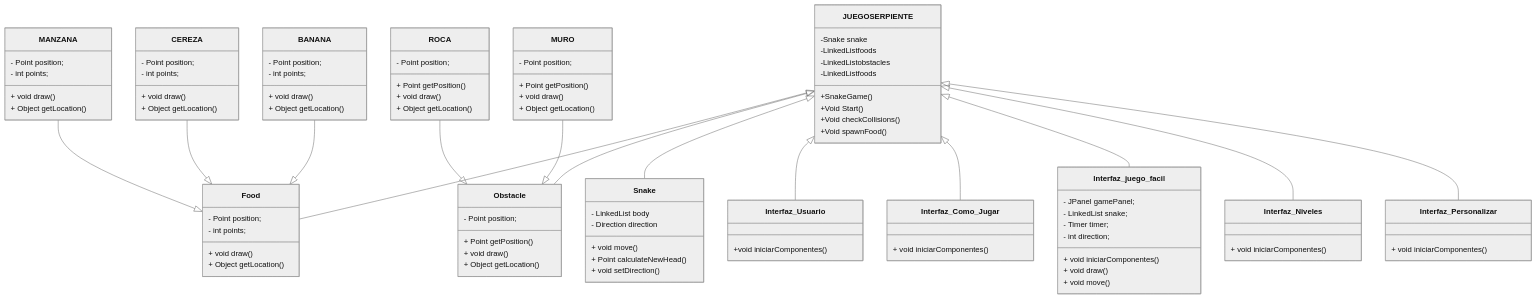
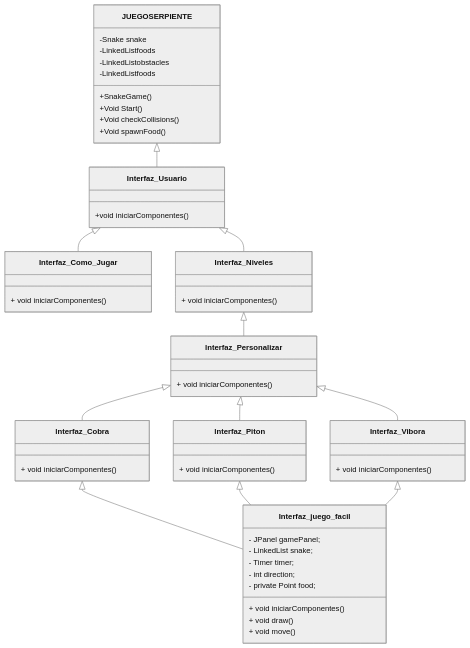
Before and after one commit to amingom/Juego-SnakeChallenge: the diagram in README.md, drawn with Mermaid (neutral theme).

````diff
--- a/README.md
+++ b/README.md
@@ -29,19 +29,17 @@
 ```mermaid
 
 classDiagram
-    JUEGOSERPIENTE <|-- Food
-    JUEGOSERPIENTE <|-- Obstacle
-    JUEGOSERPIENTE <|-- Snake
     JUEGOSERPIENTE <|-- Interfaz_Usuario
-    JUEGOSERPIENTE <|-- Interfaz_Como_Jugar
-    JUEGOSERPIENTE <|-- Interfaz_juego_facil
-    JUEGOSERPIENTE <|-- Interfaz_Niveles
-    JUEGOSERPIENTE <|-- Interfaz_Personalizar
-    MANZANA--|> Food
-    CEREZA --|> Food
-    BANANA --|> Food
-    ROCA --|> Obstacle
-    MURO --|> Obstacle
+    Interfaz_Usuario <|-- Interfaz_Como_Jugar
+    Interfaz_Cobra <|-- Interfaz_juego_facil
+    Interfaz_Piton <|-- Interfaz_juego_facil
+    Interfaz_Vibora <|-- Interfaz_juego_facil
+    Interfaz_Usuario <|-- Interfaz_Niveles
+    Interfaz_Niveles <|-- Interfaz_Personalizar
+    Interfaz_Personalizar <|-- Interfaz_Cobra
+    Interfaz_Personalizar <|-- Interfaz_Piton
+    Interfaz_Personalizar <|-- Interfaz_Vibora
+
 
     JUEGOSERPIENTE : -Snake snake
     JUEGOSERPIENTE : -LinkedList<Food>foods
@@ -52,62 +50,7 @@
     JUEGOSERPIENTE: +Void checkCollisions()
     JUEGOSERPIENTE: +Void spawnFood()
 
-    class Snake{
-    - LinkedList<Point> body
-    - Direction direction
-    + void move()
-    + Point calculateNewHead()
-    + void setDirection()
-    }
-    class Food{
-    - Point position;
-    - int points;
-    + void draw()
-    + Object getLocation()
-    }
-
-    class MANZANA{
-    - Point position;
-    - int points;
-    + void draw()
-    + Object getLocation()
-    }
-
-      class CEREZA{
-    - Point position;
-    - int points;
-    + void draw()
-    + Object getLocation()
-    }
-
-      class BANANA{
-    - Point position;
-    - int points;
-    + void draw()
-    + Object getLocation()
-    }
-
-    class Obstacle{
-      - Point position;
-      + Point getPosition() 
-      + void draw()
-      + Object getLocation()
-    }
-
-        class ROCA{
-      - Point position;
-      + Point getPosition() 
-      + void draw()
-      + Object getLocation()
-    }
-
-
-        class MURO{
-      - Point position;
-      + Point getPosition() 
-      + void draw()
-      + Object getLocation()
-    }
+    
 
    class Interfaz_Usuario{ 
     +void iniciarComponentes()
@@ -124,6 +67,7 @@
     - LinkedList<Point> snake;
     - Timer timer;
     - int direction;
+    - private Point food;
     + void iniciarComponentes()
     + void draw()
     + void move()
@@ -135,8 +79,20 @@
        + void iniciarComponentes()
     }
 
-      class Interfaz_Personalizar{
+    class Interfaz_Personalizar{
        + void iniciarComponentes()
     }
 
+     class Interfaz_Cobra{
+        + void iniciarComponentes()
+     }
+
+     class Interfaz_Piton{
+        + void iniciarComponentes()
+     }
+
+     class Interfaz_Vibora{
+        + void iniciarComponentes()
+     }
+
 ```
````
